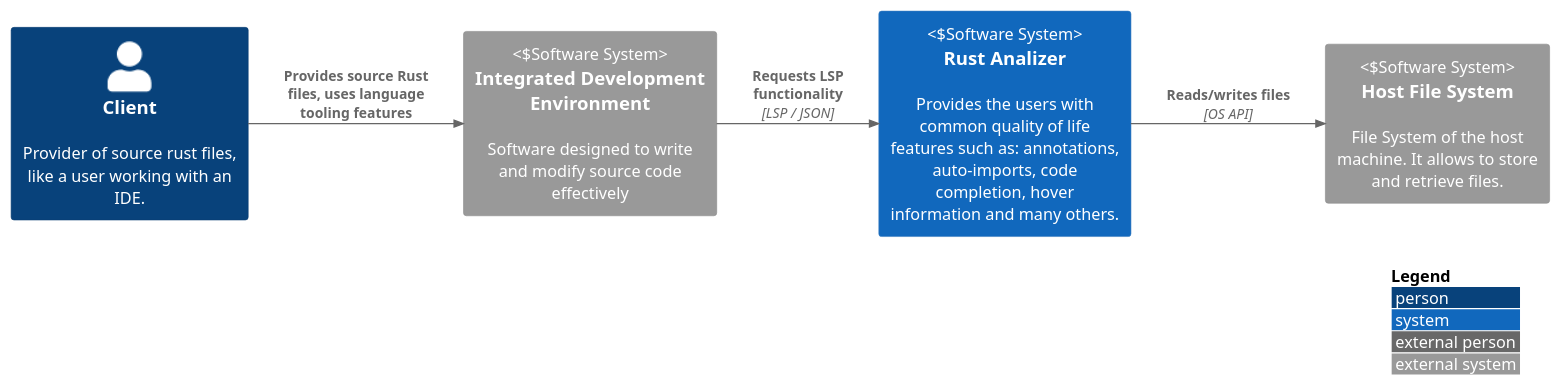
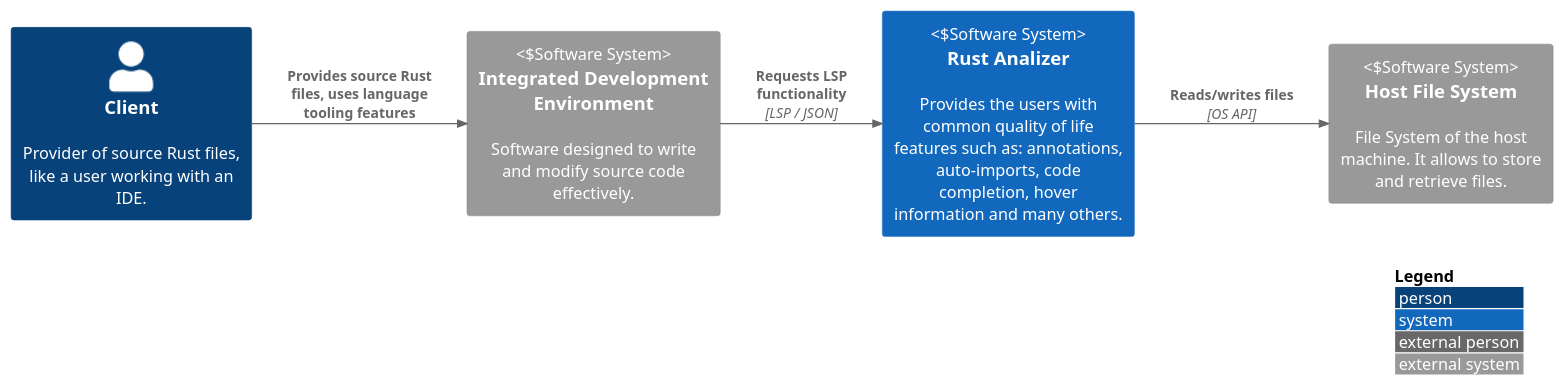
Before and after one commit to SDATeam10/Project: the diagram in src/diagrams/architecture/system-context.puml, drawn with PlantUML. The commit also changed 6 other files, not shown here.

```diff
--- a/src/diagrams/architecture/system-context.puml
+++ b/src/diagrams/architecture/system-context.puml
@@ -1,16 +1,16 @@
 @startuml
 !include https://raw.githubusercontent.com/plantuml-stdlib/C4-PlantUML/master/C4_Context.puml
 left to right direction
 
 LAYOUT_WITH_LEGEND()
 
-Person(client, "Client", "Provider of source rust files, like a user working with an IDE.")
-System_Ext(ide, "Integrated Development Environment", "Software designed to write and modify source code effectively", "Software System")
+Person(client, "Client", "Provider of source Rust files, like a user working with an IDE.")
+System_Ext(ide, "Integrated Development Environment", "Software designed to write and modify source code effectively.", "Software System")
 System_Ext(file_system, "Host File System", "File System of the host machine. It allows to store and retrieve files.", "Software System")
 System(system, "Rust Analizer", "Provides the users with common quality of life features such as: annotations, auto-imports, code completion, hover information and many others.", "Software System")
 
 Rel(client, ide, "Provides source Rust files, uses language tooling features")
 Rel(ide, system, "Requests LSP functionality", "LSP / JSON")
 Rel(system, file_system, "Reads/writes files", "OS API")
 
 @enduml
```
